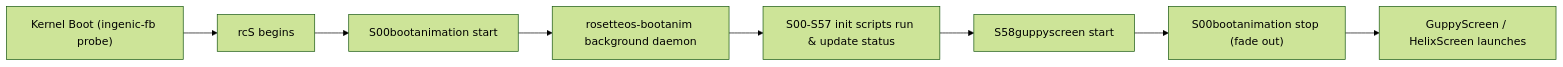
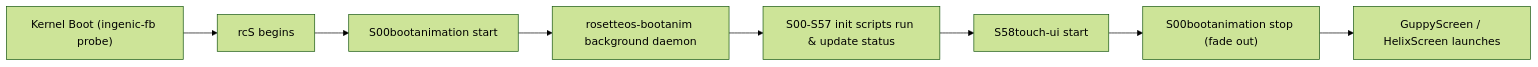
Before and after one commit to RosetteOS/RosetteOS: the diagram in tools/rosetteos-bootanim/README.md, drawn with Mermaid (forest theme). The commit also changed other lines of this file and 18 other files, not shown here.

Commit message:
refactor(init): rename S58guppyscreen to S58touch-ui for generic touch UI service

````diff
--- a/tools/rosetteos-bootanim/README.md
+++ b/tools/rosetteos-bootanim/README.md
@@ -35,10 +35,10 @@
 ```mermaid
 flowchart LR
     A["Kernel Boot (ingenic-fb probe)"] --> B["rcS begins"]
     B --> C["S00bootanimation start"]
     C --> D["rosetteos-bootanim background daemon"]
     D --> E["S00-S57 init scripts run & update status"]
-    E --> F["S58guppyscreen start"]
+    E --> F["S58touch-ui start"]
     F --> G["S00bootanimation stop (fade out)"]
     G --> H["GuppyScreen / HelixScreen launches"]
 ```
````
